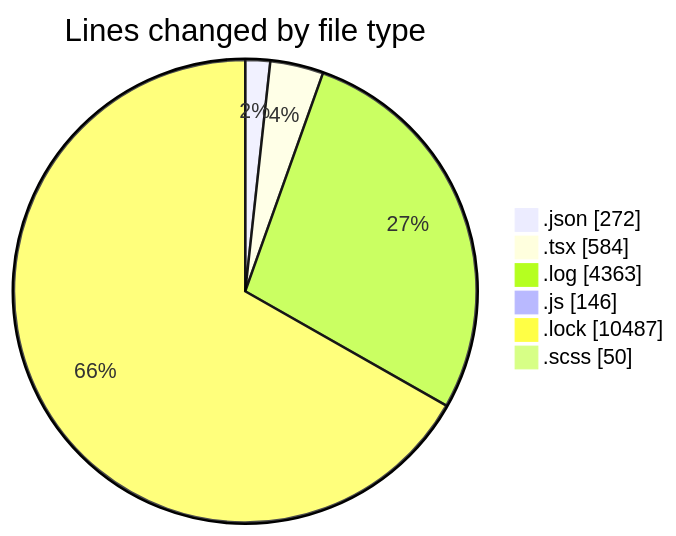
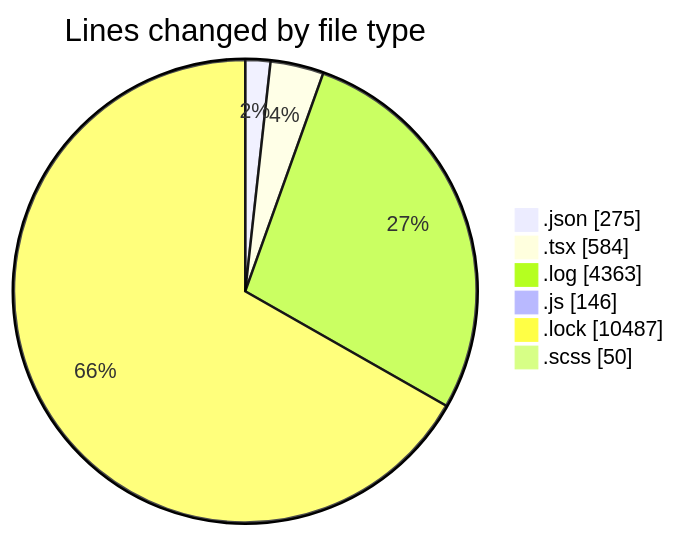
The first of 2 diagrams in 2026-03-24/cda/README.md (momahboobian/code-tracking), drawn with Mermaid before and after one commit. The commit also changed other lines of this file and 1 other file, not shown here.

````diff
--- a/2026-03-24/cda/README.md
+++ b/2026-03-24/cda/README.md
@@ -29,10 +29,10 @@
 ```mermaid
 pie showData
 title Lines changed by file type
-".json" : 272
+".json" : 275
 ".tsx" : 584
 ".log" : 4363
 ".js" : 146
 ".lock" : 10487
 ".scss" : 50
 ```
````
